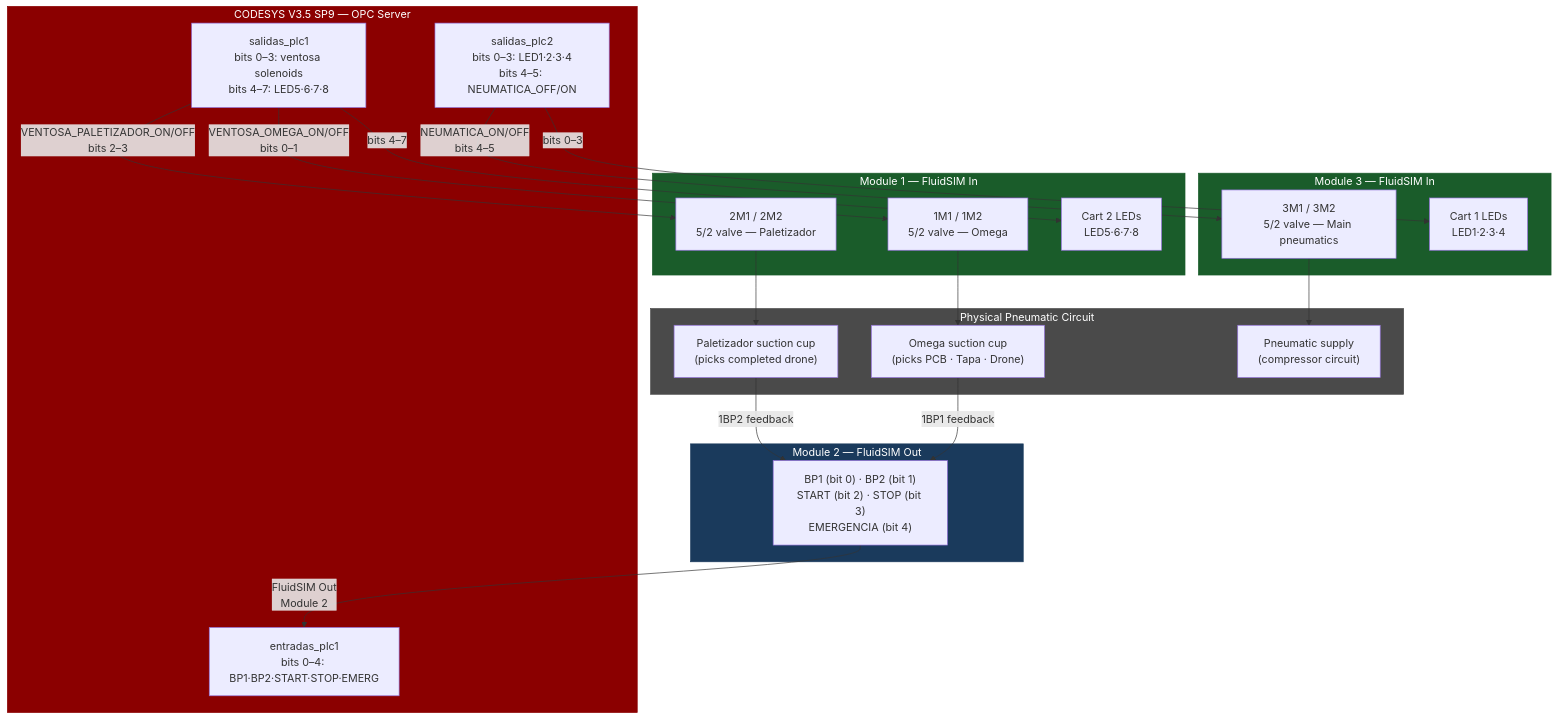
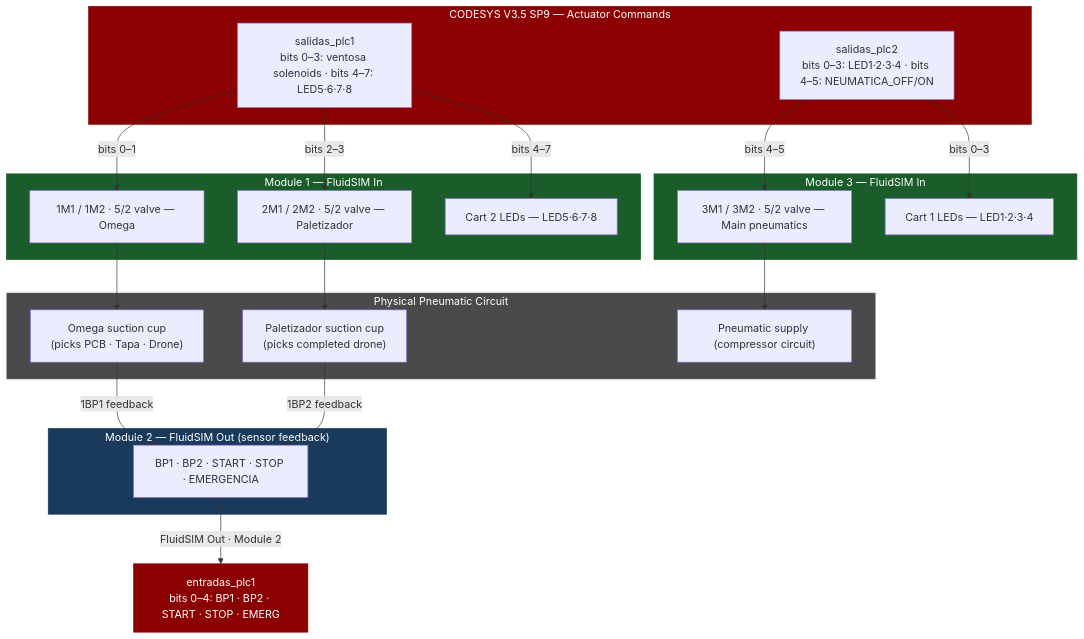
One commit to jorgefajardom-coder/drone-packaging-simulation-unity changed the third of 12 diagrams in README.md. Above: the diagram before and after it, drawn with Mermaid. The commit also changed other lines of this file, not shown here.

First line of the commit message:
docs: restructure diagrams to eliminate arrow overlaps

````diff
--- a/README.md
+++ b/README.md
@@ -264,47 +268,49 @@
 ```mermaid
 graph TD
-    subgraph CODESYS["CODESYS V3.5 SP9 — OPC Server"]
-        PLC1["salidas_plc1<br/>bits 0–3: ventosa solenoids<br/>bits 4–7: LED5·6·7·8"]
-        PLC2["salidas_plc2<br/>bits 0–3: LED1·2·3·4<br/>bits 4–5: NEUMATICA_OFF/ON"]
-        IN["entradas_plc1<br/>bits 0–4: BP1·BP2·START·STOP·EMERG"]
+    subgraph CODESYS_CMD["CODESYS V3.5 SP9 — Actuator Commands"]
+        PLC1["salidas_plc1<br/>bits 0–3: ventosa solenoids · bits 4–7: LED5·6·7·8"]
+        PLC2["salidas_plc2<br/>bits 0–3: LED1·2·3·4 · bits 4–5: NEUMATICA_OFF/ON"]
     end
 
     subgraph MOD1["Module 1 — FluidSIM In"]
-        V1["1M1 / 1M2<br/>5/2 valve — Omega"]
-        V2["2M1 / 2M2<br/>5/2 valve — Paletizador"]
-        LC2["Cart 2 LEDs<br/>LED5·6·7·8"]
+        V1["1M1 / 1M2 · 5/2 valve — Omega"]
+        V2["2M1 / 2M2 · 5/2 valve — Paletizador"]
+        LC2["Cart 2 LEDs — LED5·6·7·8"]
     end
 
     subgraph MOD3["Module 3 — FluidSIM In"]
-        V3["3M1 / 3M2<br/>5/2 valve — Main pneumatics"]
-        LC1["Cart 1 LEDs<br/>LED1·2·3·4"]
-    end
-
-    subgraph MOD2["Module 2 — FluidSIM Out"]
-        FB["BP1 (bit 0) · BP2 (bit 1)<br/>START (bit 2) · STOP (bit 3)<br/>EMERGENCIA (bit 4)"]
+        V3["3M1 / 3M2 · 5/2 valve — Main pneumatics"]
+        LC1["Cart 1 LEDs — LED1·2·3·4"]
     end
 
     subgraph PHYS["Physical Pneumatic Circuit"]
         CUP_O["Omega suction cup<br/>(picks PCB · Tapa · Drone)"]
         CUP_P["Paletizador suction cup<br/>(picks completed drone)"]
-        MAIN["Pneumatic supply<br/>(compressor circuit)"]
+        MAIN["Pneumatic supply (compressor circuit)"]
     end
 
-    PLC1 -->|"VENTOSA_OMEGA_ON/OFF<br/>bits 0–1"| V1
-    PLC1 -->|"VENTOSA_PALETIZADOR_ON/OFF<br/>bits 2–3"| V2
+    subgraph MOD2["Module 2 — FluidSIM Out (sensor feedback)"]
+        FB["BP1 · BP2 · START · STOP · EMERGENCIA"]
+    end
+
+    CODESYS_IN["entradas_plc1<br/>bits 0–4: BP1 · BP2 · START · STOP · EMERG"]
+
+    PLC1 -->|"bits 0–1"| V1
+    PLC1 -->|"bits 2–3"| V2
     PLC1 -->|"bits 4–7"| LC2
-    PLC2 -->|"NEUMATICA_ON/OFF<br/>bits 4–5"| V3
+    PLC2 -->|"bits 4–5"| V3
     PLC2 -->|"bits 0–3"| LC1
     V1 --> CUP_O
     V2 --> CUP_P
     V3 --> MAIN
     CUP_O -->|"1BP1 feedback"| FB
     CUP_P -->|"1BP2 feedback"| FB
-    FB -->|"FluidSIM Out<br/>Module 2"| IN
+    FB -->|"FluidSIM Out · Module 2"| CODESYS_IN
 
-    style CODESYS fill:#8b0000,color:#fff,stroke:#8b0000
+    style CODESYS_CMD fill:#8b0000,color:#fff,stroke:#8b0000
+    style CODESYS_IN fill:#8b0000,color:#fff,stroke:#8b0000
     style MOD1 fill:#1a5c2a,color:#fff,stroke:#1a5c2a
     style MOD2 fill:#1a3a5c,color:#fff,stroke:#1a3a5c
     style MOD3 fill:#1a5c2a,color:#fff,stroke:#1a5c2a
     style PHYS fill:#4a4a4a,color:#fff,stroke:#4a4a4a
 ```
````
